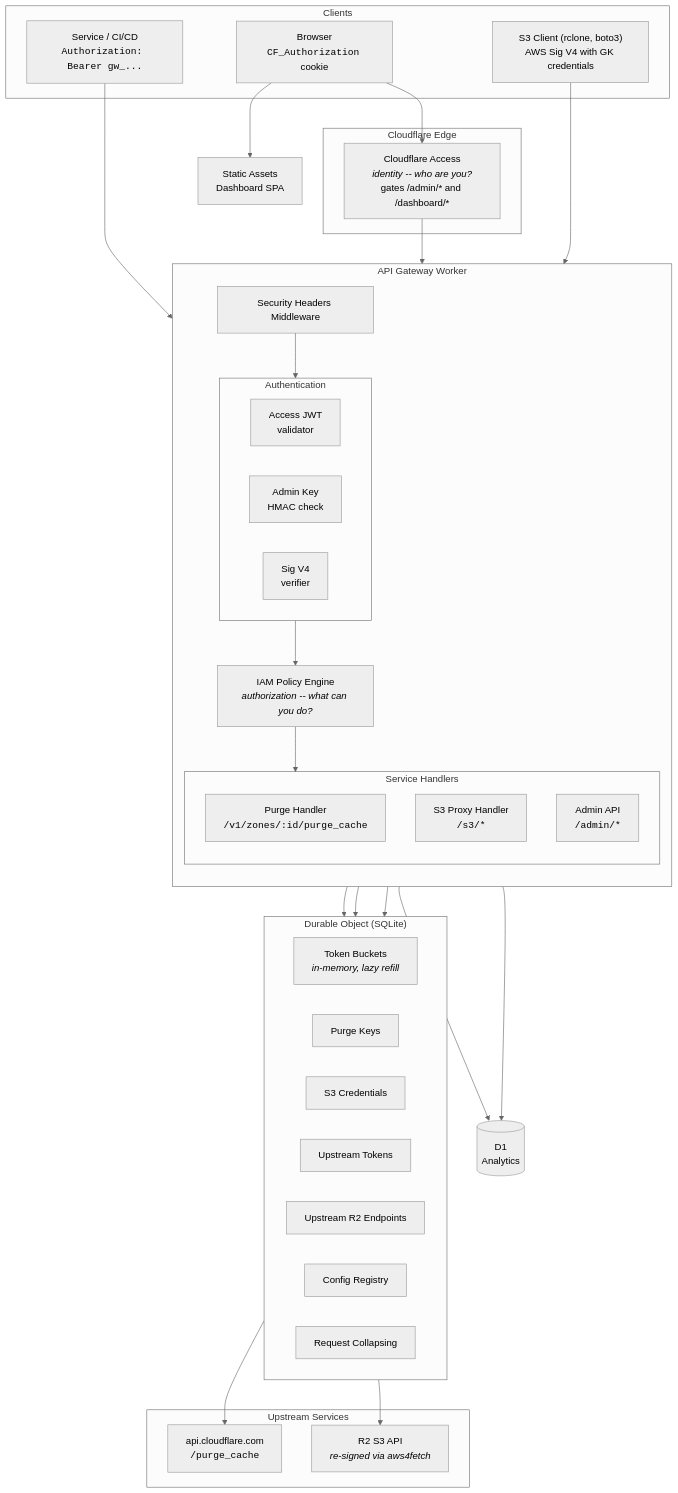
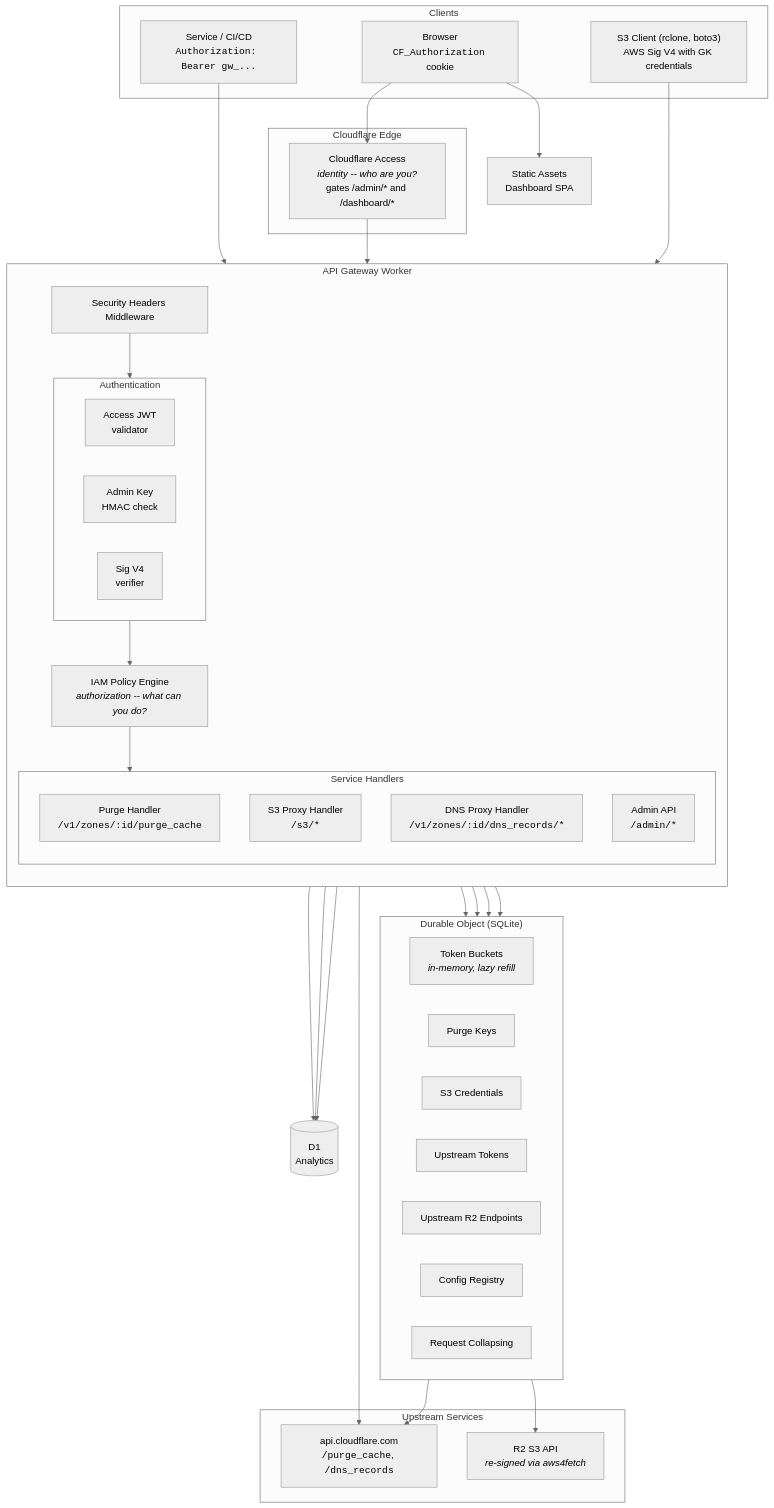
Before and after one commit to erfianugrah/gatekeeper: the diagram in docs/ARCHITECTURE.md, drawn with Mermaid (neutral theme). The commit also changed other lines of this file and 9 other files, not shown here.

Commit message:
docs: update all documentation for DNS proxy; add DNS smoke tests

````diff
--- a/docs/ARCHITECTURE.md
+++ b/docs/ARCHITECTURE.md
@@ -24,64 +24,68 @@
 ```mermaid
 flowchart TB
     subgraph Clients
         svc["Service / CI/CD<br/><code>Authorization: Bearer gw_...</code>"]
         human["Browser<br/><code>CF_Authorization</code> cookie"]
         s3c["S3 Client (rclone, boto3)<br/>AWS Sig V4 with GK credentials"]
     end
 
     subgraph CF["Cloudflare Edge"]
         access["Cloudflare Access<br/><i>identity -- who are you?</i><br/>gates /admin/* and /dashboard/*"]
     end
 
     subgraph Worker["API Gateway Worker"]
         direction TB
         mw["Security Headers Middleware"]
 
         subgraph Auth["Authentication"]
             jwt["Access JWT<br/>validator"]
             adminkey["Admin Key<br/>HMAC check"]
             sigv4["Sig V4<br/>verifier"]
         end
 
         iam["IAM Policy Engine<br/><i>authorization -- what can you do?</i>"]
 
         subgraph Handlers["Service Handlers"]
             purge["Purge Handler<br/><code>/v1/zones/:id/purge_cache</code>"]
             s3h["S3 Proxy Handler<br/><code>/s3/*</code>"]
+            dnsh["DNS Proxy Handler<br/><code>/v1/zones/:id/dns_records/*</code>"]
             admin["Admin API<br/><code>/admin/*</code>"]
         end
     end
 
     subgraph DO["Durable Object (SQLite)"]
         tb["Token Buckets<br/><i>in-memory, lazy refill</i>"]
         keys["Purge Keys"]
         creds["S3 Credentials"]
         upt["Upstream Tokens"]
         upr2["Upstream R2 Endpoints"]
         cfg["Config Registry"]
         collapse["Request Collapsing"]
     end
 
     d1[("D1<br/>Analytics")]
     assets["Static Assets<br/>Dashboard SPA"]
 
     subgraph Upstream["Upstream Services"]
-        cfapi["api.cloudflare.com<br/><code>/purge_cache</code>"]
+        cfapi["api.cloudflare.com<br/><code>/purge_cache</code>, <code>/dns_records</code>"]
         r2api["R2 S3 API<br/><i>re-signed via aws4fetch</i>"]
     end
 
     svc --> mw
     human --> access --> mw
     s3c --> mw
     mw --> Auth
     Auth --> iam
     iam --> Handlers
     purge --> DO
     s3h --> DO
+    dnsh --> DO
     admin --> DO
     purge --> d1
     s3h --> d1
+    dnsh --> d1
     DO --> cfapi
+    dnsh --> cfapi
     DO --> r2api
     human --> assets
 ```
````
